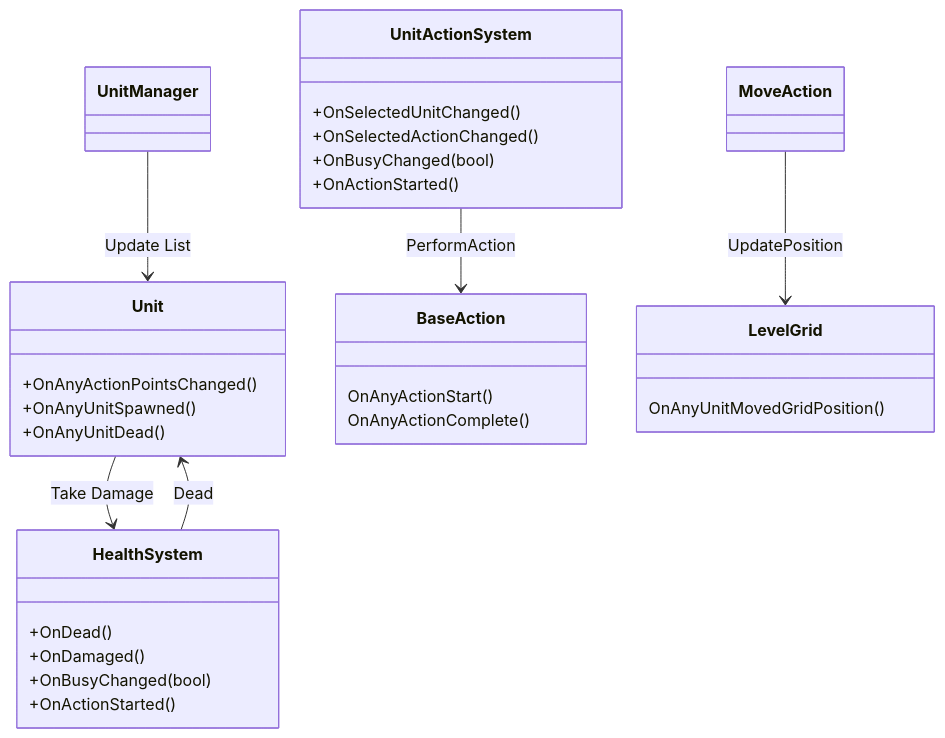
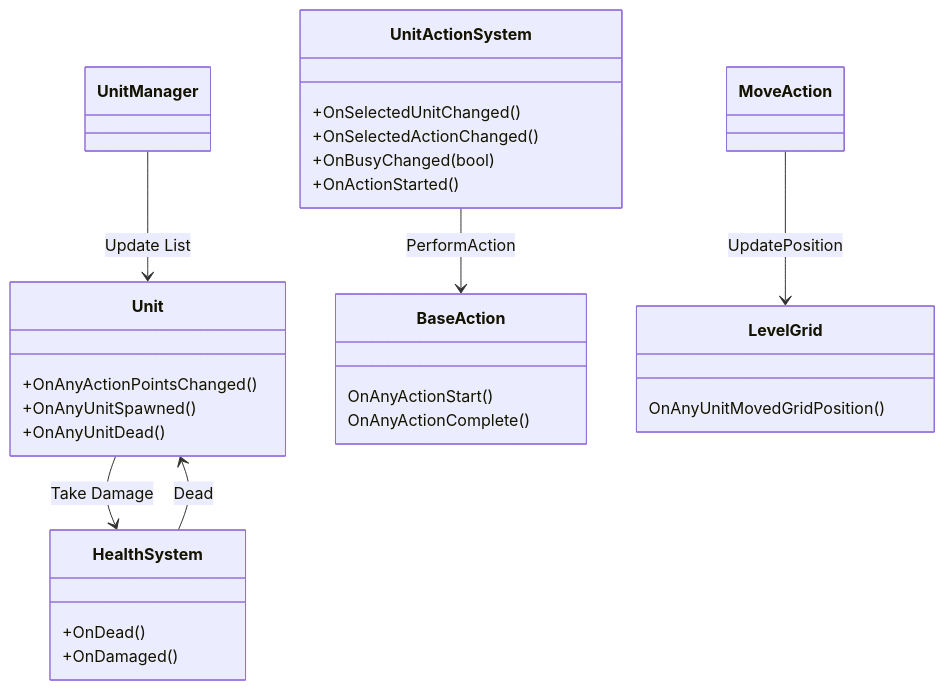
One commit to Rubick07/Tactical_Turnbase changed the fourth of 4 diagrams in README.md. Above: the diagram before and after it, drawn with Mermaid.

````diff
--- a/README.md
+++ b/README.md
@@ -213,45 +213,43 @@
 ```mermaid
 classDiagram
     %% --- Unit Systems ---
     class Unit {
         +OnAnyActionPointsChanged()
         +OnAnyUnitSpawned()
         +OnAnyUnitDead()
     }
 
     class UnitActionSystem {
         +OnSelectedUnitChanged()
         +OnSelectedActionChanged()
         +OnBusyChanged(bool)
         +OnActionStarted()
     }
 
     class HealthSystem {
         +OnDead()
         +OnDamaged()
-        +OnBusyChanged(bool)
-        +OnActionStarted()
     }
 
     class BaseAction{
         OnAnyActionStart()
         OnAnyActionComplete()  
     }
 
 
     class LevelGrid{
       OnAnyUnitMovedGridPosition()
     }
 
     %% --- Relations ---
     UnitManager --> Unit : Update List
 
     Unit --> HealthSystem : Take Damage
 
     HealthSystem --> Unit : Dead
 
     UnitActionSystem --> BaseAction : PerformAction
 
     MoveAction --> LevelGrid : UpdatePosition
 
 ```
````
